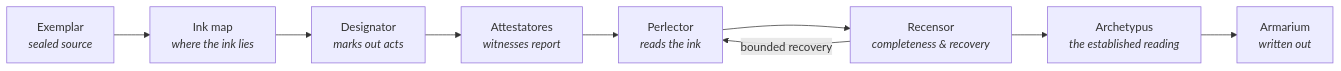
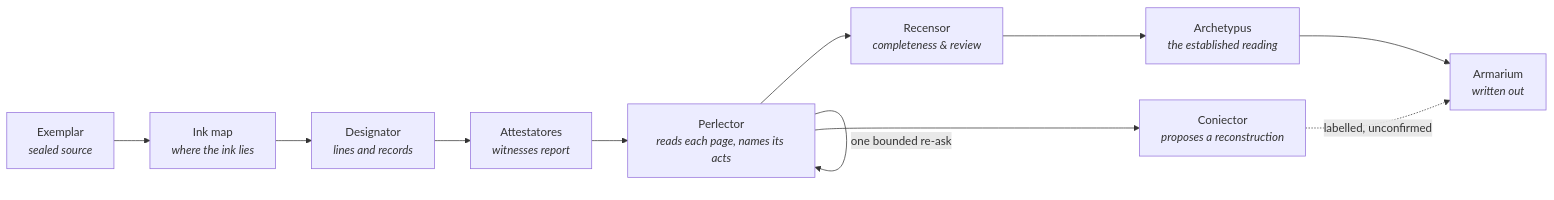
Before and after one commit to MegaSlick/Apparatus-Verbatus-Alpha: the first of 2 diagrams in ARCHITECTURE.md, drawn with Mermaid. The commit also changed other lines of this file and 2 other files, not shown here.

````diff
--- a/ARCHITECTURE.md
+++ b/ARCHITECTURE.md
@@ -28,11 +28,13 @@
 ```mermaid
 flowchart LR
     A["Exemplar<br/><i>sealed source</i>"] --> I["Ink map<br/><i>where the ink lies</i>"]
-    I --> B["Designator<br/><i>marks out acts</i>"]
+    I --> B["Designator<br/><i>lines and records</i>"]
     B --> C["Attestatores<br/><i>witnesses report</i>"]
-    C --> D["Perlector<br/><i>reads the ink</i>"]
-    D --> E["Recensor<br/><i>completeness & recovery</i>"]
-    E -->|"bounded recovery"| D
+    C --> D["Perlector<br/><i>reads each page, names its acts</i>"]
+    D -->|"one bounded re-ask"| D
+    D --> E["Recensor<br/><i>completeness & review</i>"]
+    D --> K["Coniector<br/><i>proposes a reconstruction</i>"]
     E --> F["Archetypus<br/><i>the established reading</i>"]
     F --> G["Armarium<br/><i>written out</i>"]
+    K -.->|"labelled, unconfirmed"| G
 ```
````
